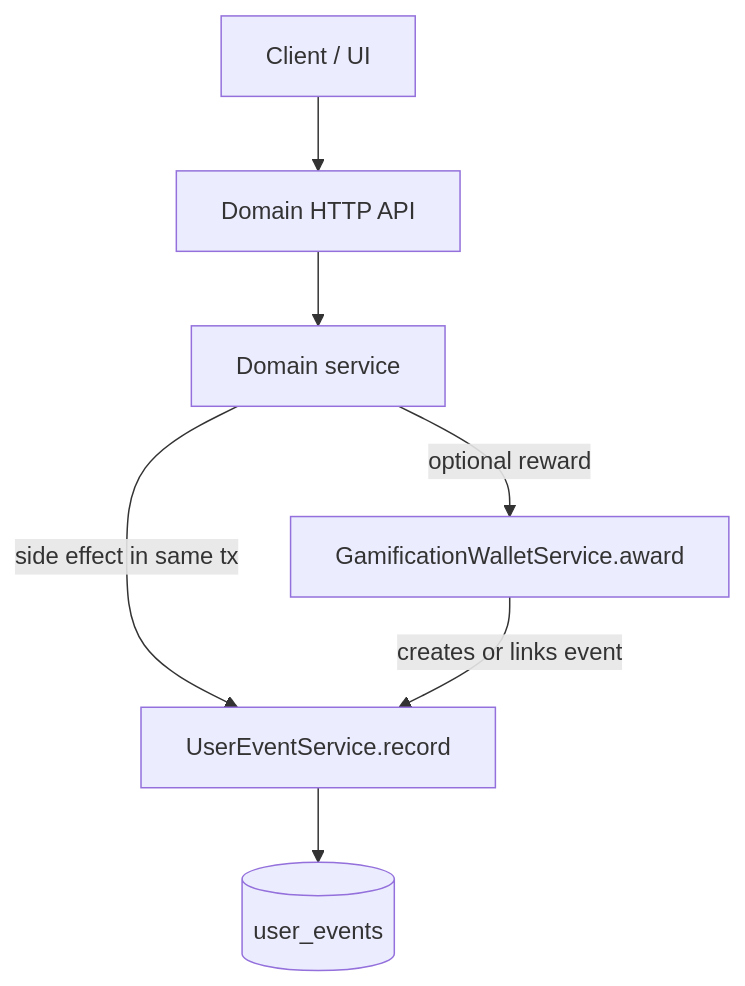
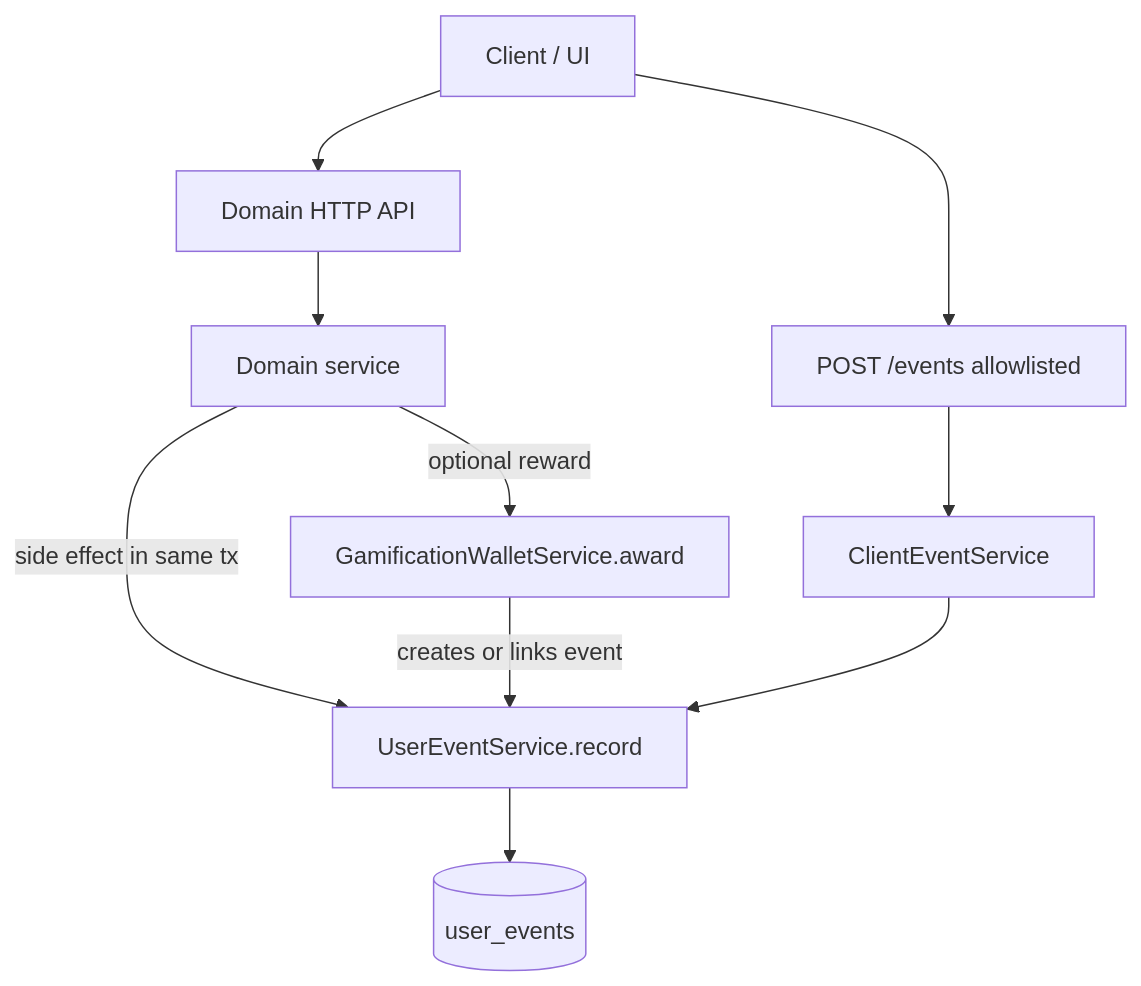
One commit to reedu-reengineering-education/foodmission-data-framework changed the diagram in docs/event-emission-guide.md. Above: the diagram before and after it, drawn with Mermaid. The commit also changed other lines of this file and 7 other files, not shown here.

````diff
--- a/docs/event-emission-guide.md
+++ b/docs/event-emission-guide.md
@@ -17,14 +19,18 @@
 ```mermaid
 flowchart TD
   client[Client / UI]
   domainAPI[Domain HTTP API]
+  eventsAPI["POST /events allowlisted"]
   domainSvc[Domain service]
+  clientSvc[ClientEventService]
   eventSvc[UserEventService.record]
   wallet[GamificationWalletService.award]
   db[(user_events)]
 
   client --> domainAPI --> domainSvc
+  client --> eventsAPI --> clientSvc
   domainSvc -->|"side effect in same tx"| eventSvc --> db
+  clientSvc --> eventSvc
   domainSvc -->|"optional reward"| wallet
   wallet -->|"creates or links event"| eventSvc
 ```
````
